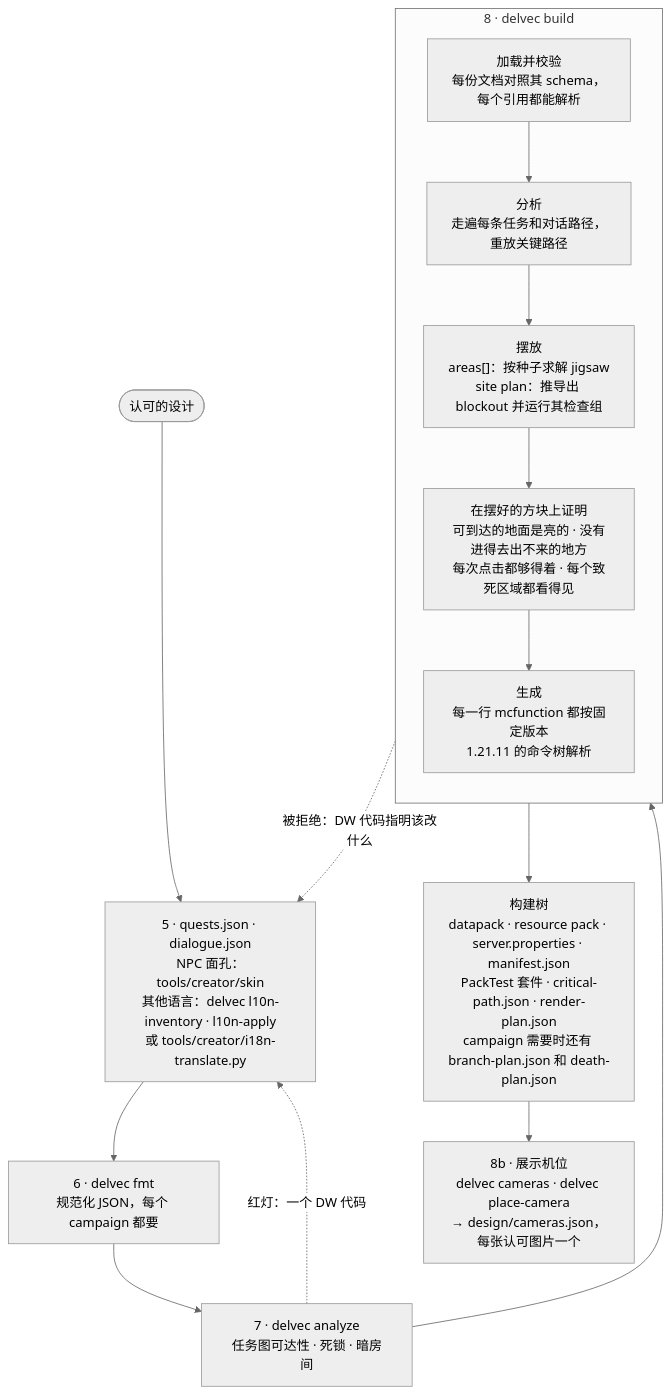
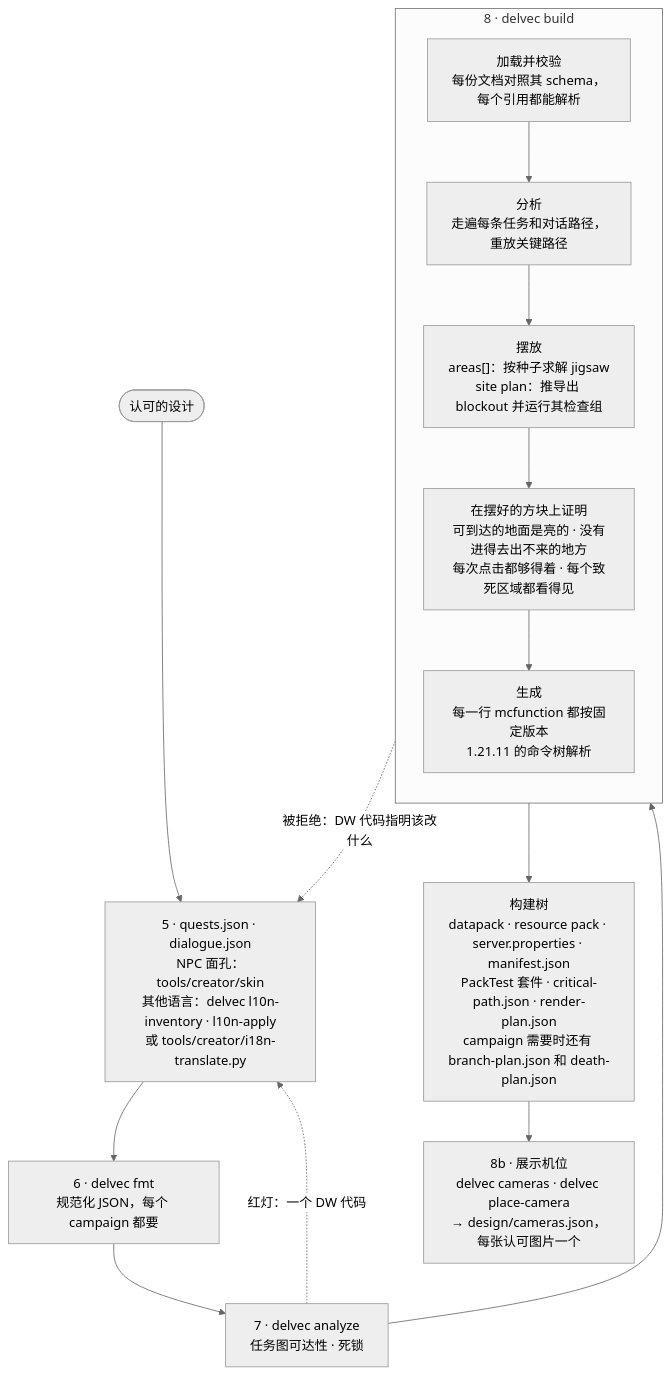
Before and after one commit to stellarfeline/delvewright: the fourth of 9 diagrams in docs/how-it-works.zh-CN.md, drawn with Mermaid (neutral theme). The commit also changed other lines of this file and 9 other files, not shown here.

````diff
--- a/docs/how-it-works.zh-CN.md
+++ b/docs/how-it-works.zh-CN.md
@@ -88,21 +88,21 @@
 ```mermaid
 flowchart TD
     DJ(["认可的设计"]) --> C5["5 · quests.json · dialogue.json<br/>NPC 面孔：tools/creator/skin<br/>其他语言：delvec l10n-inventory · l10n-apply<br/>或 tools/creator/i18n-translate.py"]
     C5 --> FMT["6 · delvec fmt<br/>规范化 JSON，每个 campaign 都要"]
-    FMT --> AN["7 · delvec analyze<br/>任务图可达性 · 死锁 · 暗房间"]
+    FMT --> AN["7 · delvec analyze<br/>任务图可达性 · 死锁"]
     AN -.->|"红灯：一个 DW 代码"| C5
     AN --> BUILD
 
     subgraph BUILD ["8 · delvec build"]
         direction TB
         B1["加载并校验<br/>每份文档对照其 schema，<br/>每个引用都能解析"]
         B1 --> B2["分析<br/>走遍每条任务和对话路径，<br/>重放关键路径"]
         B2 --> B3["摆放<br/>areas[]：按种子求解 jigsaw<br/>site plan：推导出 blockout 并运行其检查组"]
         B3 --> B4["在摆好的方块上证明<br/>可到达的地面是亮的 · 没有进得去出不来的地方<br/>每次点击都够得着 · 每个致死区域都看得见"]
         B4 --> B5["生成<br/>每一行 mcfunction 都按固定版本<br/>1.21.11 的命令树解析"]
     end
 
     BUILD -.->|"被拒绝：DW 代码指明该改什么"| C5
     BUILD --> OUT["构建树<br/>datapack · resource pack · server.properties · manifest.json<br/>PackTest 套件 · critical-path.json · render-plan.json<br/>campaign 需要时还有 branch-plan.json 和 death-plan.json"]
     OUT --> CAM["8b · 展示机位<br/>delvec cameras · delvec place-camera<br/>→ design/cameras.json，每张认可图片一个"]
 ```
````
